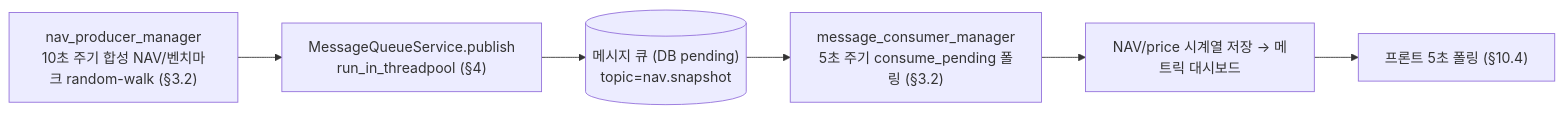
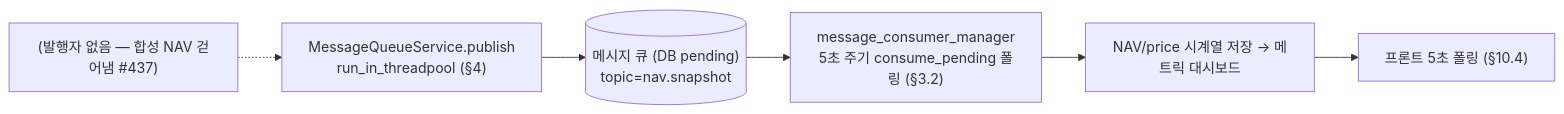
The second of 2 diagrams in .docs/3-기법/동시성-출처인덱스.md (Danwoo/trading-lab), drawn with Mermaid before and after one commit. The commit also changed other lines of this file and 7 other files, not shown here.

````diff
--- a/.docs/3-기법/동시성-출처인덱스.md
+++ b/.docs/3-기법/동시성-출처인덱스.md
@@ -283,8 +285,8 @@
 ```mermaid
 flowchart LR
-    Prod["nav_producer_manager<br/>10초 주기 합성 NAV/벤치마크 random-walk (§3.2)"] --> Pub["MessageQueueService.publish<br/>run_in_threadpool (§4)"]
+    Prod["(발행자 없음 — 합성 NAV 걷어냄 #437)"] -.-> Pub["MessageQueueService.publish<br/>run_in_threadpool (§4)"]
     Pub --> Q[("메시지 큐 (DB pending)<br/>topic=nav.snapshot")]
     Q --> Cons["message_consumer_manager<br/>5초 주기 consume_pending 폴링 (§3.2)"]
     Cons --> Metric["NAV/price 시계열 저장 → 메트릭 대시보드"]
     Metric --> Front["프론트 5초 폴링 (§10.4)"]
 ```
````
